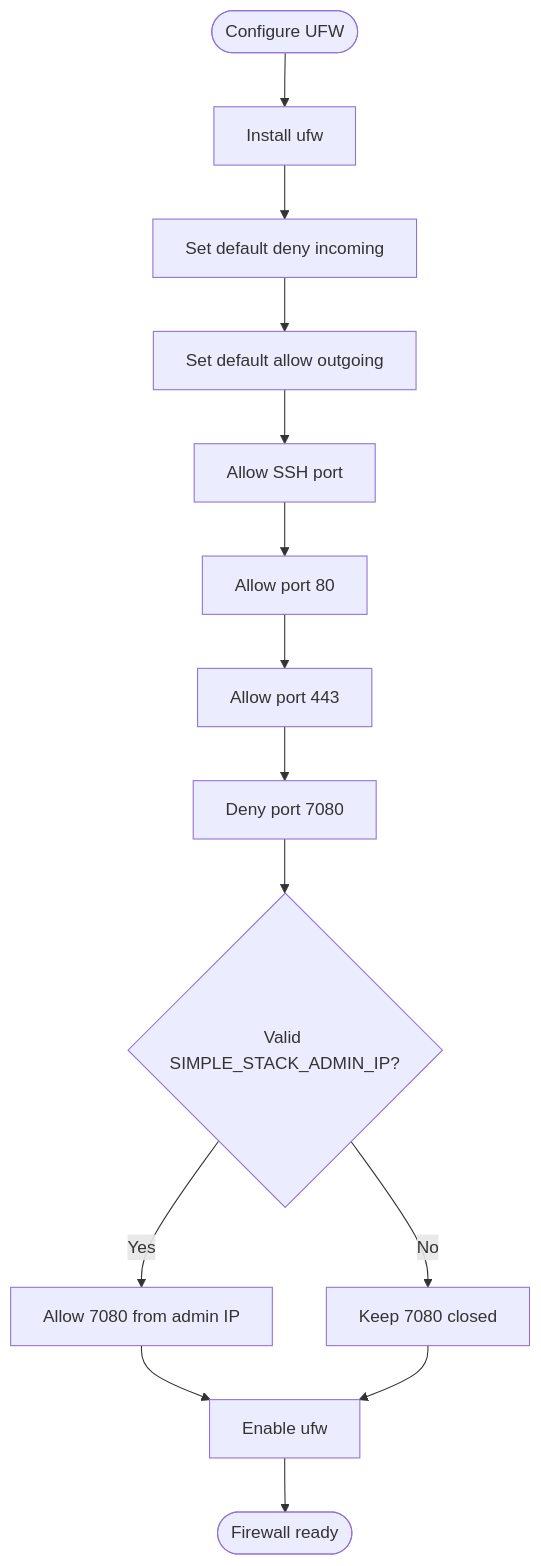
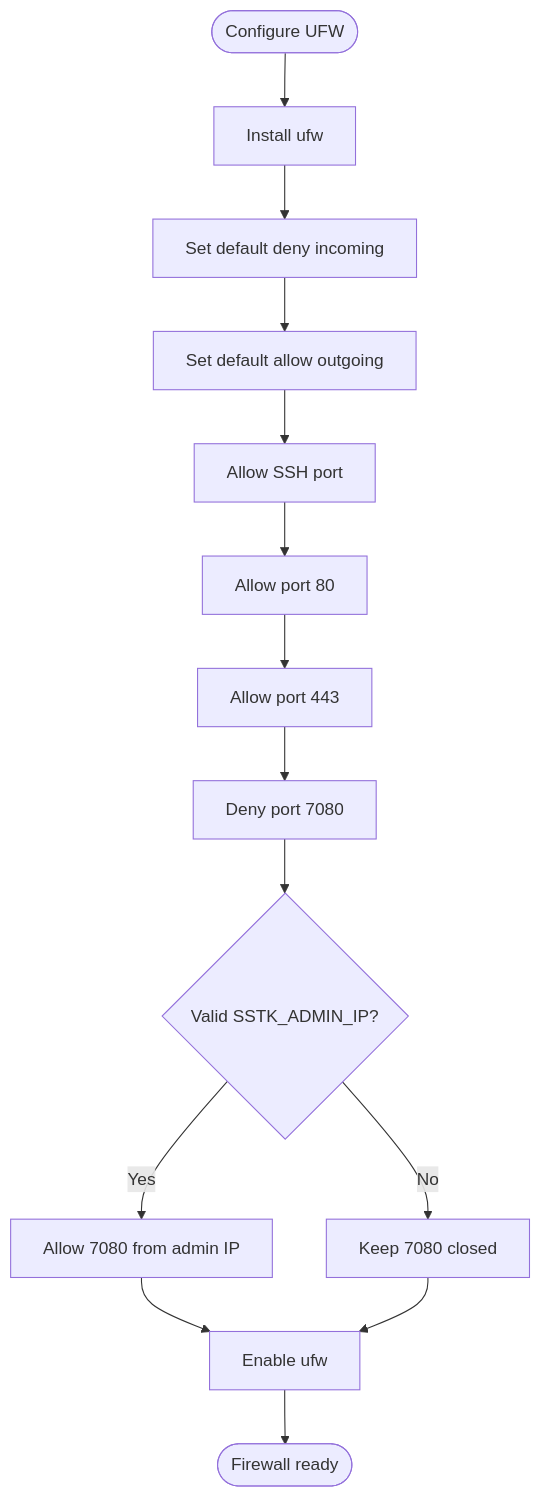
One commit to onedogsolutions/simple-stack changed the fourth of 7 diagrams in .qoder/repowiki/en/content/WordPress Application Engine/Server Provisioning Scripts/Server Preparation Scripts.md. Above: the diagram before and after it, drawn with Mermaid. The commit also changed other lines of this file and 5941 other files, not shown here.

First line of the commit message:
refactor(core): rebrand WPCloudDeploy to Simple Stack with new namespaces and prefixes

````diff
--- a/.qoder/repowiki/en/content/WordPress Application Engine/Server Provisioning Scripts/Server Preparation Scripts.md
+++ b/.qoder/repowiki/en/content/WordPress Application Engine/Server Provisioning Scripts/Server Preparation Scripts.md
@@ -312,16 +312,16 @@
 ```mermaid
 flowchart TD
 Start(["Configure UFW"]) --> InstallUFW["Install ufw"]
 InstallUFW --> DefaultDeny["Set default deny incoming"]
 DefaultDeny --> AllowOutgoing["Set default allow outgoing"]
 AllowOutgoing --> AllowSSH["Allow SSH port"]
 AllowSSH --> AllowHTTP["Allow port 80"]
 AllowHTTP --> AllowHTTPS["Allow port 443"]
 AllowHTTPS --> DenyAdmin["Deny port 7080"]
-DenyAdmin --> AdminIP{"Valid SIMPLE_STACK_ADMIN_IP?"}
+DenyAdmin --> AdminIP{"Valid SSTK_ADMIN_IP?"}
 AdminIP --> |Yes| AllowAdmin["Allow 7080 from admin IP"]
 AdminIP --> |No| KeepClosed["Keep 7080 closed"]
 AllowAdmin --> EnableUFW["Enable ufw"]
 KeepClosed --> EnableUFW
 EnableUFW --> End(["Firewall ready"])
 ```
````
